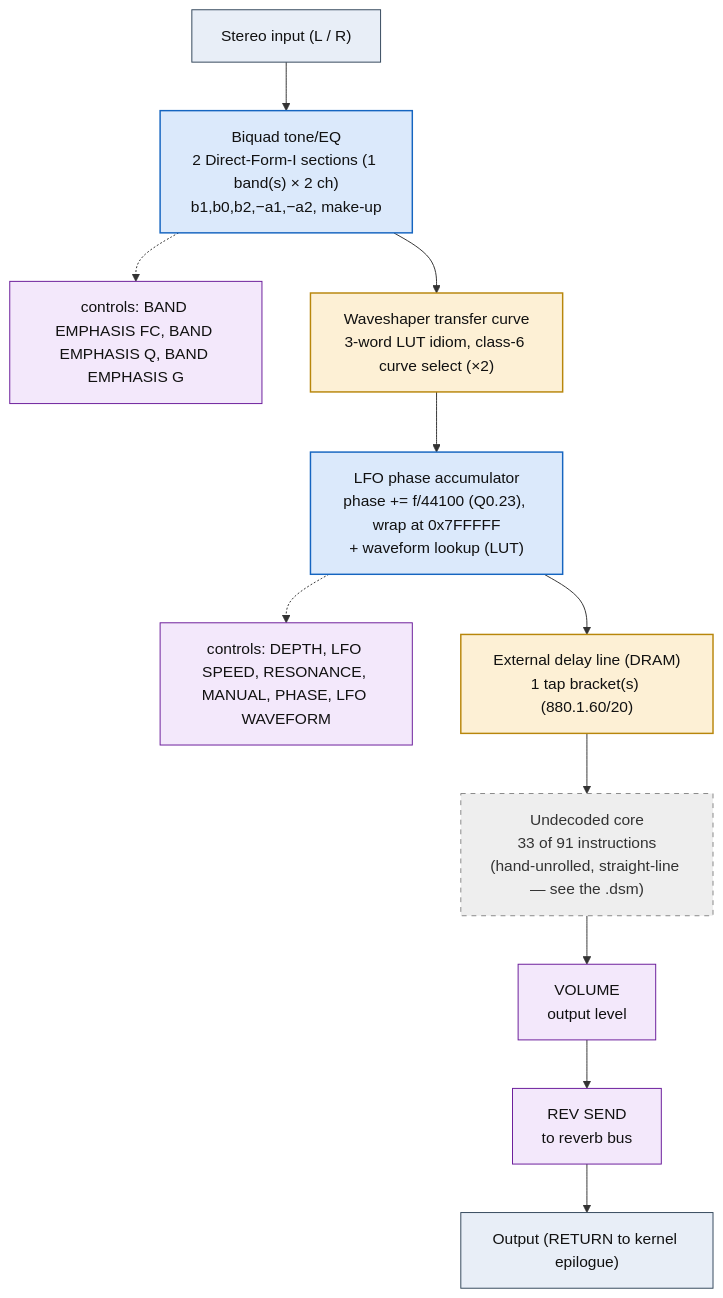
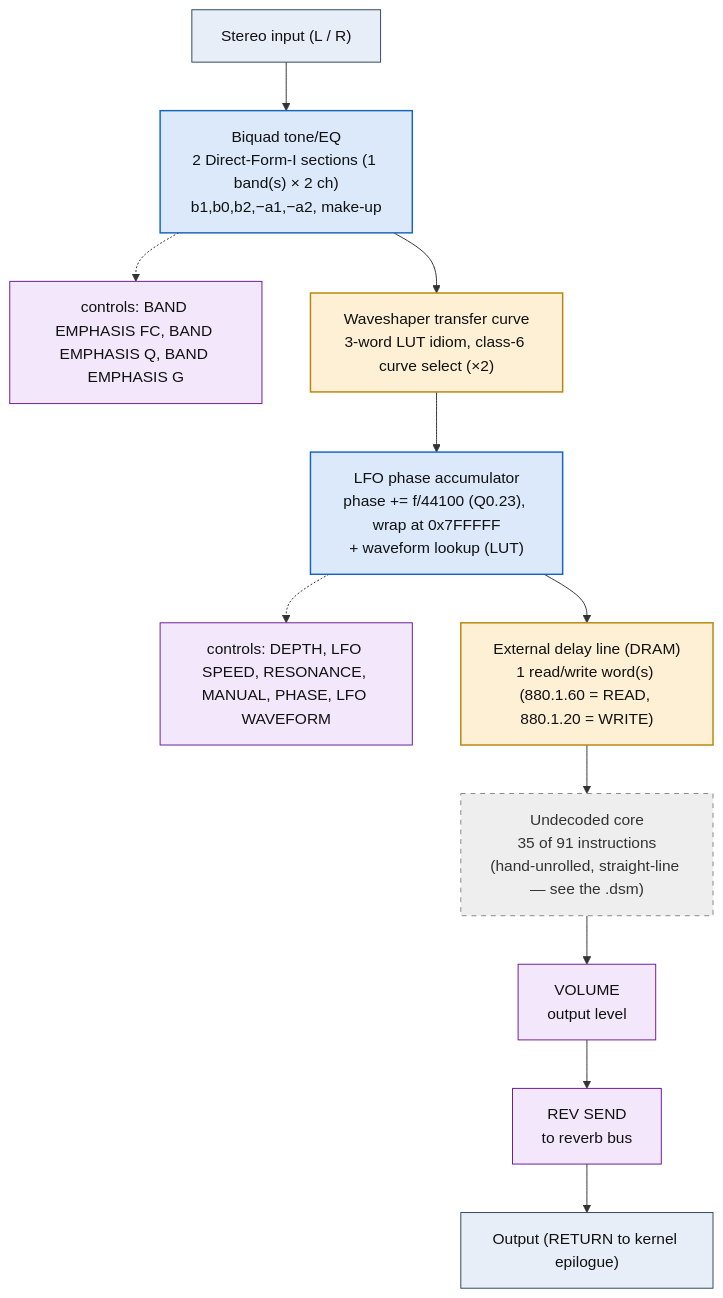
Before and after one commit to ArqueologiaDigital/kn5000-roms-disasm: the diagram in dsp/flowcharts/prog73_peq_flanger.md, drawn with Mermaid. The commit also changed other lines of this file and 86 other files, not shown here.

````diff
--- a/dsp/flowcharts/prog73_peq_flanger.md
+++ b/dsp/flowcharts/prog73_peq_flanger.md
@@ -12,36 +12,36 @@
 ```mermaid
 flowchart TD
     N0["Stereo input (L / R)"]
     N1["Biquad tone/EQ<br/>2 Direct-Form-I sections (1 band(s) &times; 2 ch)<br/>b1,b0,b2,&minus;a1,&minus;a2, make-up"]
     N0 --> N1
     N2["controls: BAND EMPHASIS FC, BAND EMPHASIS Q, BAND EMPHASIS G"]
     N1 -.-> N2
     N3["Waveshaper transfer curve<br/>3-word LUT idiom, class-6 curve select (&times;2)"]
     N1 --> N3
     N4["LFO phase accumulator<br/>phase += f/44100 (Q0.23), wrap at 0x7FFFFF<br/>+ waveform lookup (LUT)"]
     N3 --> N4
     N5["controls: DEPTH, LFO SPEED, RESONANCE, MANUAL, PHASE, LFO WAVEFORM"]
     N4 -.-> N5
-    N6["External delay line (DRAM)<br/>1 tap bracket(s) (880.1.60/20)"]
+    N6["External delay line (DRAM)<br/>1 read/write word(s) (880.1.60 = READ, 880.1.20 = WRITE)"]
     N4 --> N6
-    N7["Undecoded core<br/>33 of 91 instructions<br/>(hand-unrolled, straight-line &mdash; see the .dsm)"]
+    N7["Undecoded core<br/>35 of 91 instructions<br/>(hand-unrolled, straight-line &mdash; see the .dsm)"]
     N6 --> N7
     N8["VOLUME<br/>output level"]
     N7 --> N8
     N9["REV SEND<br/>to reverb bus"]
     N8 --> N9
     N10["Output (RETURN to kernel epilogue)"]
     N9 --> N10
 
     classDef io fill:#e8eef7,stroke:#33475b,stroke-width:1px,color:#111;
     classDef proven fill:#d7f0d7,stroke:#2e7d32,stroke-width:2px,color:#111;
     classDef measured fill:#dbe9fb,stroke:#1565c0,stroke-width:1.5px,color:#111;
     classDef inferred fill:#fdf0d5,stroke:#b8860b,stroke-width:1.5px,color:#111;
     classDef open fill:#eeeeee,stroke:#888,stroke-width:1px,color:#333,stroke-dasharray:5 5;
     classDef ctrl fill:#f3e8fb,stroke:#6a1b9a,stroke-width:1px,color:#111;
     class N0,N10 io;
     class N1,N4 measured;
     class N2,N5,N8,N9 ctrl;
     class N3,N6 inferred;
     class N7 open;
 ```
````
